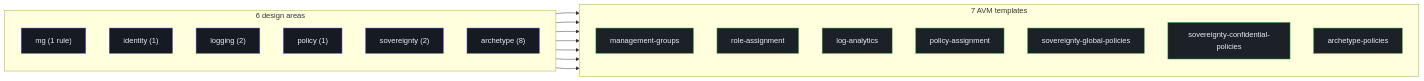
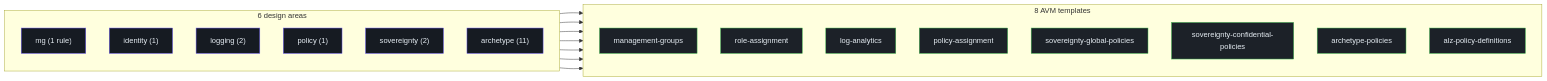
Before and after one commit to msucharda/slz-readiness: the first of 2 diagrams in wiki/docs/deep-dive/evaluate/rules-catalog.md, drawn with Mermaid. The commit also changed other lines of this file and 39 other files, not shown here.

````diff
--- a/wiki/docs/deep-dive/evaluate/rules-catalog.md
+++ b/wiki/docs/deep-dive/evaluate/rules-catalog.md
@@ -66,34 +69,35 @@
 ```mermaid
 flowchart LR
     subgraph Areas["6 design areas"]
         direction TB
         A1["mg (1 rule)"]:::a
         A2["identity (1)"]:::a
         A3["logging (2)"]:::a
         A4["policy (1)"]:::a
         A5["sovereignty (2)"]:::a
-        A6["archetype (8)"]:::a
+        A6["archetype (11)"]:::a
     end
 
-    subgraph Templates["7 AVM templates"]
+    subgraph Templates["8 AVM templates"]
         direction TB
         T1["management-groups"]:::t
         T2["role-assignment"]:::t
         T3["log-analytics"]:::t
         T4["policy-assignment"]:::t
         T5["sovereignty-global-policies"]:::t
         T6["sovereignty-confidential-policies"]:::t
         T7["archetype-policies"]:::t
+        T8["alz-policy-definitions"]:::t
     end
 
     A1 --> T1
     A2 --> T2
     A3 --> T3
     A4 --> T4
     A5 --> T5
     A5 --> T6
     A6 --> T7
 
     classDef a fill:#161b22,stroke:#6d5dfc,color:#e6edf3;
     classDef t fill:#1c2128,stroke:#3fb950,color:#e6edf3;
 ```
````
